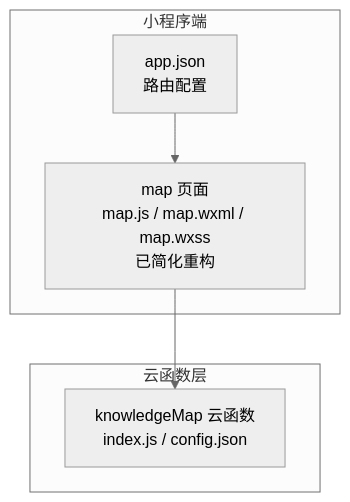
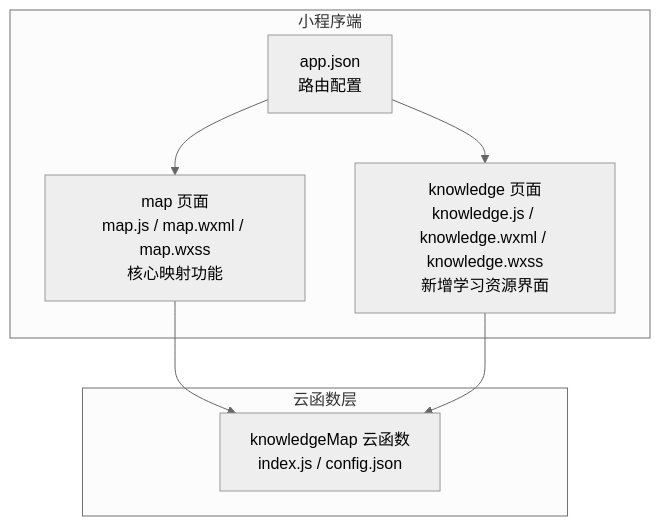
One commit to cwb7756/bio changed the first of 4 diagrams in .qoder/repowiki/zh/content/核心功能模块/知识图谱系统/知识图谱系统.md. Above: the diagram before and after it, drawn with Mermaid (neutral theme). The commit also changed other lines of this file and 45 other files, not shown here.

````diff
--- a/.qoder/repowiki/zh/content/核心功能模块/知识图谱系统/知识图谱系统.md
+++ b/.qoder/repowiki/zh/content/核心功能模块/知识图谱系统/知识图谱系统.md
@@ -47,12 +54,15 @@
 ```mermaid
 graph TB
 subgraph "小程序端"
 APP["app.json<br/>路由配置"]
-MAP_PAGE["map 页面<br/>map.js / map.wxml / map.wxss<br/>已简化重构"]
+MAP_PAGE["map 页面<br/>map.js / map.wxml / map.wxss<br/>核心映射功能"]
+KNOWLEDGE_PAGE["knowledge 页面<br/>knowledge.js / knowledge.wxml / knowledge.wxss<br/>新增学习资源界面"]
 end
 subgraph "云函数层"
 KM_CF["knowledgeMap 云函数<br/>index.js / config.json"]
 end
 APP --> MAP_PAGE
+APP --> KNOWLEDGE_PAGE
 MAP_PAGE --> KM_CF
+KNOWLEDGE_PAGE --> KM_CF
 ```
````
